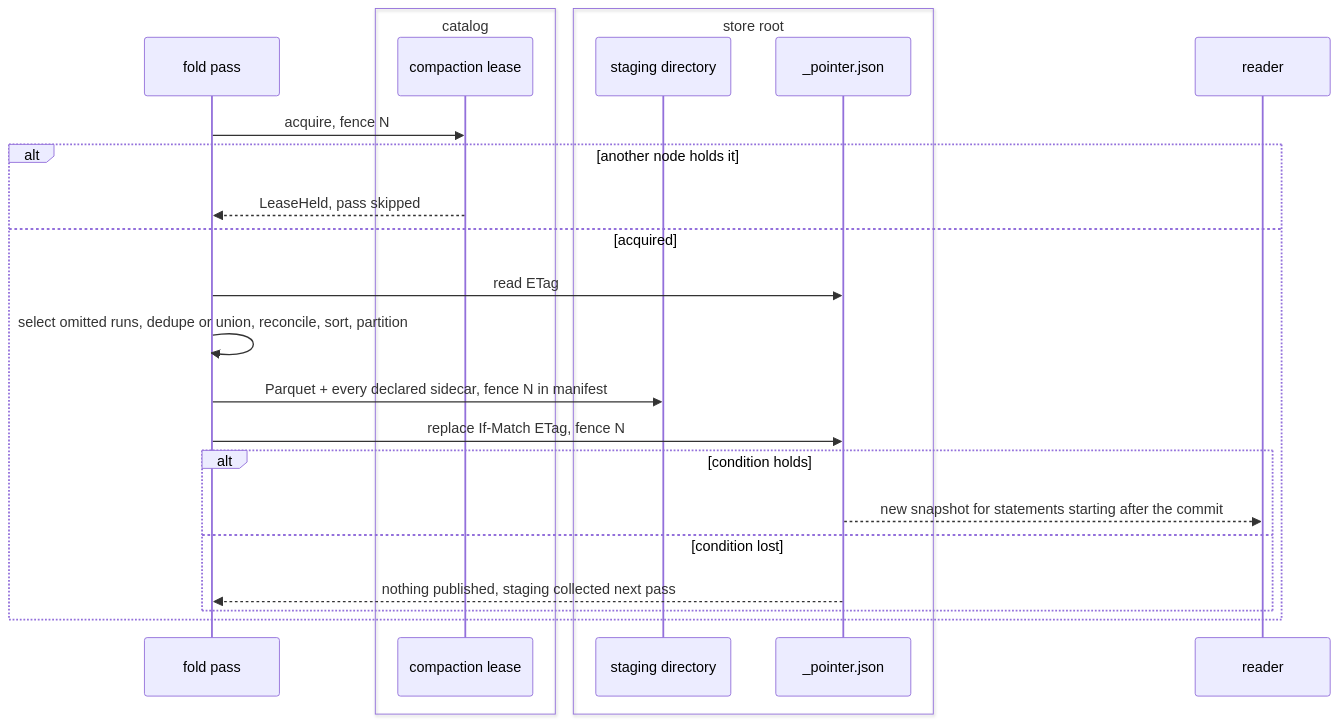
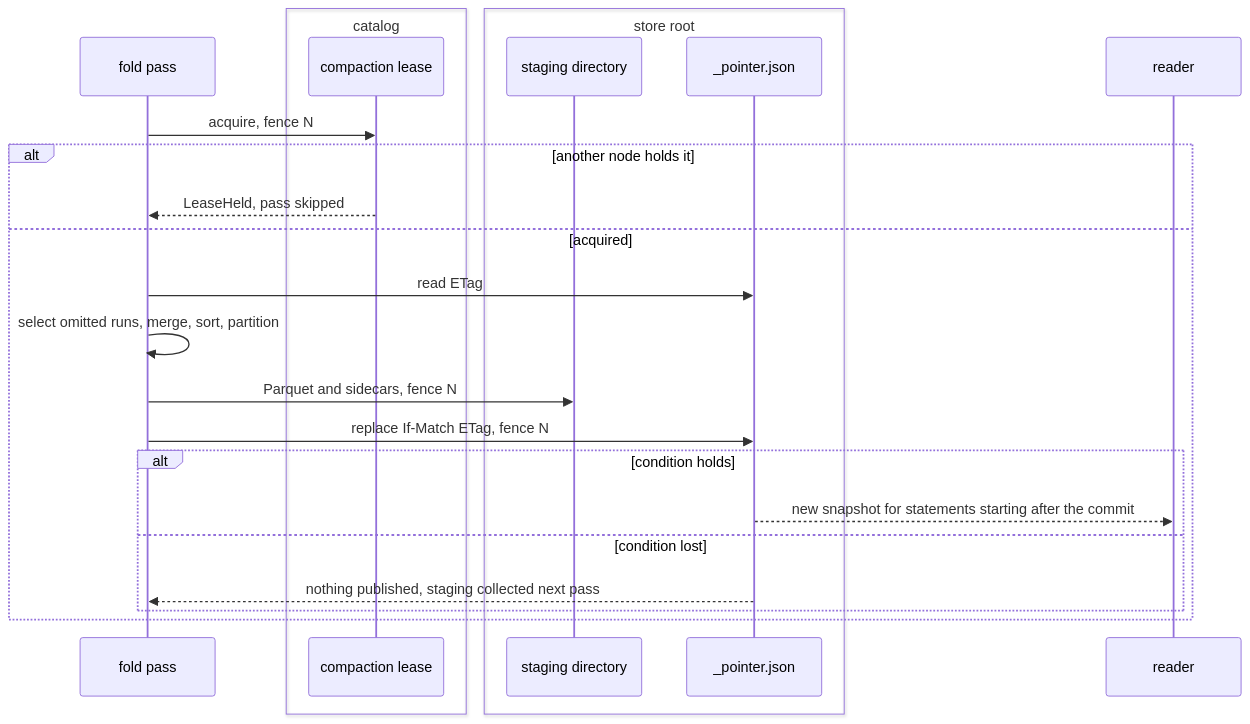
The second of 5 diagrams in spec/10-store.md (fractalboxdev/contextful), drawn with Mermaid before and after one commit. The commit also changed other lines of this file and 31 other files, not shown here.

First line of the commit message:
spec: every diagram draws things as nodes and what flows as labelled edges

````diff
--- a/spec/10-store.md
+++ b/spec/10-store.md
@@ -212,27 +211,27 @@
 ```mermaid
 sequenceDiagram
   participant F as fold pass
   box catalog
     participant L as compaction lease
   end
   box store root
     participant S as staging directory
     participant P as _pointer.json
   end
   participant R as reader
 
   F->>L: acquire, fence N
   alt another node holds it
     L-->>F: LeaseHeld, pass skipped
   else acquired
     F->>P: read ETag
-    F->>F: select omitted runs, dedupe or union, reconcile, sort, partition
-    F->>S: Parquet + every declared sidecar, fence N in manifest
+    F->>F: select omitted runs, merge, sort, partition
+    F->>S: Parquet and sidecars, fence N
     F->>P: replace If-Match ETag, fence N
     alt condition holds
       P-->>R: new snapshot for statements starting after the commit
     else condition lost
       P-->>F: nothing published, staging collected next pass
     end
   end
 ```
````
